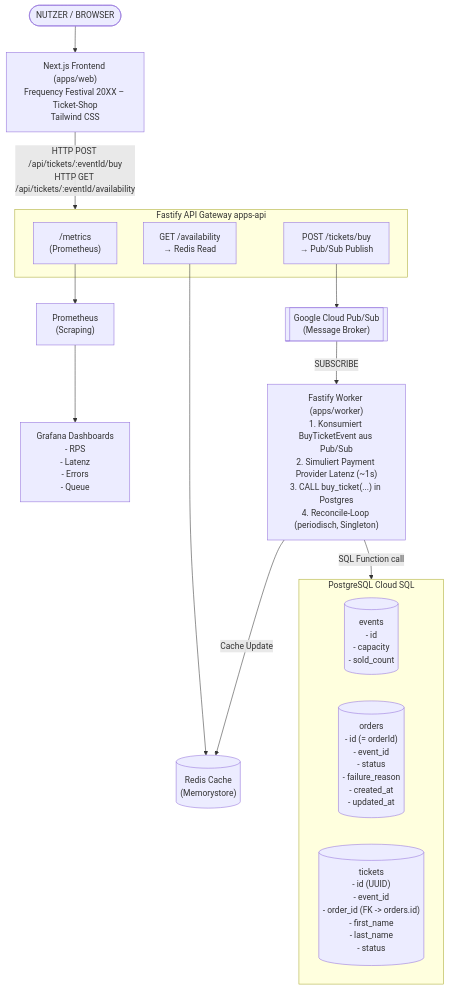
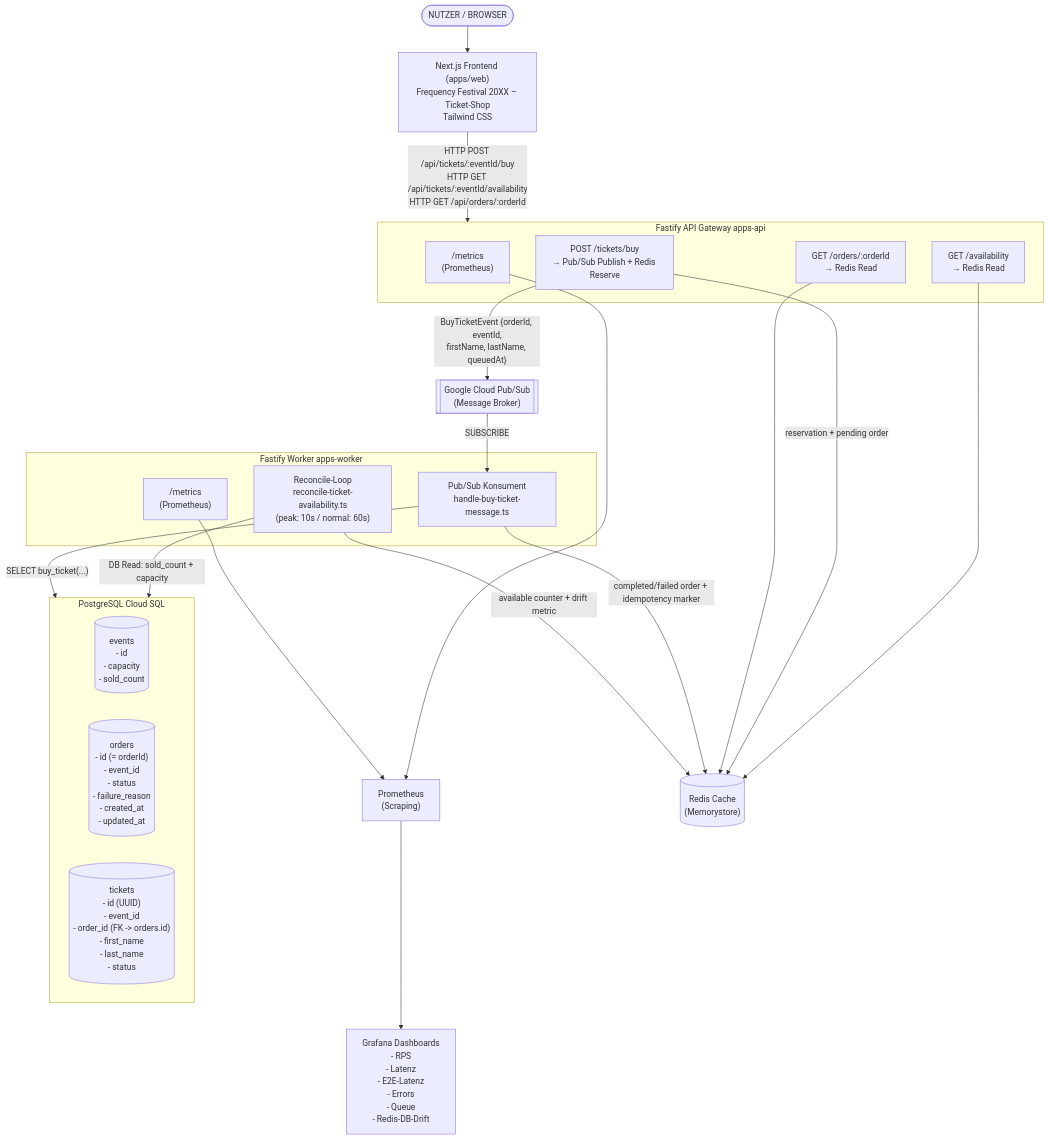
Before and after one commit to schuler-ph/high-frequency-ticket-system: the first of 2 diagrams in docs/ARCHITECTURE.md, drawn with Mermaid. The commit also changed other lines of this file and 2 other files, not shown here.

Commit message:
Update architecture documentation to reflect changes in ticket purchase flow and Redis metrics

````diff
--- a/docs/ARCHITECTURE.md
+++ b/docs/ARCHITECTURE.md
@@ -7,40 +7,50 @@
 ```mermaid
 flowchart TD
     User([NUTZER / BROWSER])
 
     Frontend["Next.js Frontend (apps/web)<br/>Frequency Festival 20XX – Ticket-Shop<br/>Tailwind CSS"]
 
     subgraph API [Fastify API Gateway apps-api]
         API_metrics["/metrics<br/>(Prometheus)"]
         API_avail["GET /availability<br/>→ Redis Read"]
-        API_buy["POST /tickets/buy<br/>→ Pub/Sub Publish"]
+        API_buy["POST /tickets/buy<br/>→ Pub/Sub Publish + Redis Reserve"]
+        API_orders["GET /orders/:orderId<br/>→ Redis Read"]
     end
 
     Prometheus["Prometheus<br/>(Scraping)"]
     Redis[("Redis Cache<br/>(Memorystore)")]
     PubSub[["Google Cloud Pub/Sub<br/>(Message Broker)"]]
 
-    Grafana["Grafana Dashboards<br/>- RPS<br/>- Latenz<br/>- Errors<br/>- Queue"]
+    Grafana["Grafana Dashboards<br/>- RPS<br/>- Latenz<br/>- E2E-Latenz<br/>- Errors<br/>- Queue<br/>- Redis-DB-Drift"]
 
-    Worker["Fastify Worker (apps/worker)<br/>1. Konsumiert BuyTicketEvent aus Pub/Sub<br/>2. Simuliert Payment Provider Latenz (~1s)<br/>3. CALL buy_ticket(...) in Postgres<br/>4. Reconcile-Loop (periodisch, Singleton)"]
+    subgraph Worker [Fastify Worker apps-worker]
+        W_consumer["Pub/Sub Konsument<br/>handle-buy-ticket-message.ts"]
+        W_reconcile["Reconcile-Loop<br/>reconcile-ticket-availability.ts<br/>(peak: 10s / normal: 60s)"]
+        W_metrics["/metrics<br/>(Prometheus)"]
+    end
 
     subgraph DB [PostgreSQL Cloud SQL]
         events[("events<br/>- id<br/>- capacity<br/>- sold_count")]
         orders[("orders<br/>- id (= orderId)<br/>- event_id<br/>- status<br/>- failure_reason<br/>- created_at<br/>- updated_at")]
         tickets[("tickets<br/>- id (UUID)<br/>- event_id<br/>- order_id (FK -> orders.id)<br/>- first_name<br/>- last_name<br/>- status")]
     end
 
     User --> Frontend
-    Frontend -->|"HTTP POST /api/tickets/:eventId/buy<br/>HTTP GET /api/tickets/:eventId/availability"| API
+    Frontend -->|"HTTP POST /api/tickets/:eventId/buy<br/>HTTP GET /api/tickets/:eventId/availability<br/>HTTP GET /api/orders/:orderId"| API
 
     API_metrics --> Prometheus
     API_avail --> Redis
-    API_buy --> PubSub
+    API_buy -->|"BuyTicketEvent {orderId, eventId,<br/>firstName, lastName, queuedAt}"| PubSub
+    API_buy -->|"reservation + pending order"| Redis
+    API_orders --> Redis
 
+    W_metrics --> Prometheus
     Prometheus --> Grafana
 
-    Worker -->|Cache Update| Redis
-    PubSub -->|SUBSCRIBE| Worker
+    W_consumer -->|"completed/failed order + idempotency marker"| Redis
+    PubSub -->|SUBSCRIBE| W_consumer
+    W_reconcile -->|"available counter + drift metric"| Redis
+    W_reconcile -->|"DB Read: sold_count + capacity"| DB
 
-    Worker -->|SQL Function call| DB
+    W_consumer -->|"SELECT buy_ticket(...)"| DB
 ```
````
